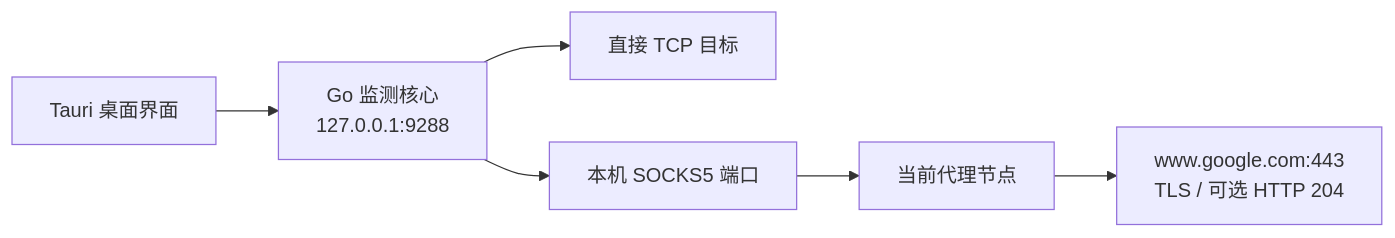
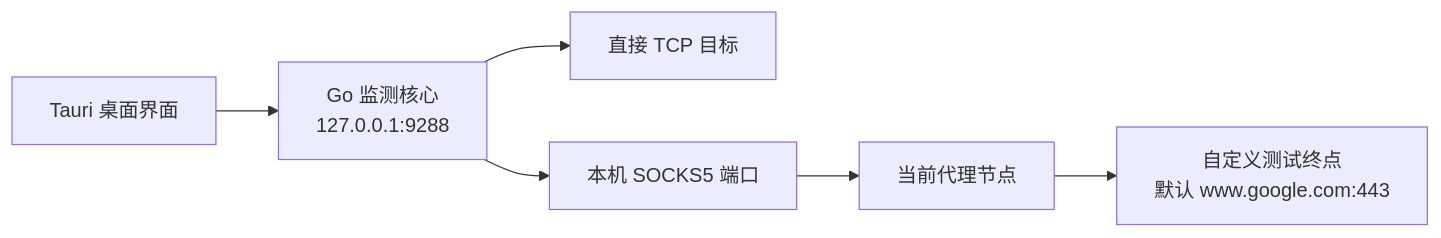
The diagram in README.md (EarunWu/NetWatch), drawn with Mermaid before and after one commit. The commit also changed other lines of this file and 16 other files, not shown here.

````diff
--- a/README.md
+++ b/README.md
@@ -47,8 +48,8 @@
 ```mermaid
 flowchart LR
     UI["Tauri 桌面界面"] --> API["Go 监测核心<br/>127.0.0.1:9288"]
     API --> TCP["直接 TCP 目标"]
     API --> SOCKS["本机 SOCKS5 端口"]
     SOCKS --> NODE["当前代理节点"]
-    NODE --> GOOGLE["www.google.com:443<br/>TLS / 可选 HTTP 204"]
+    NODE --> ENDPOINT["自定义测试终点<br/>默认 www.google.com:443"]
 ```
````
